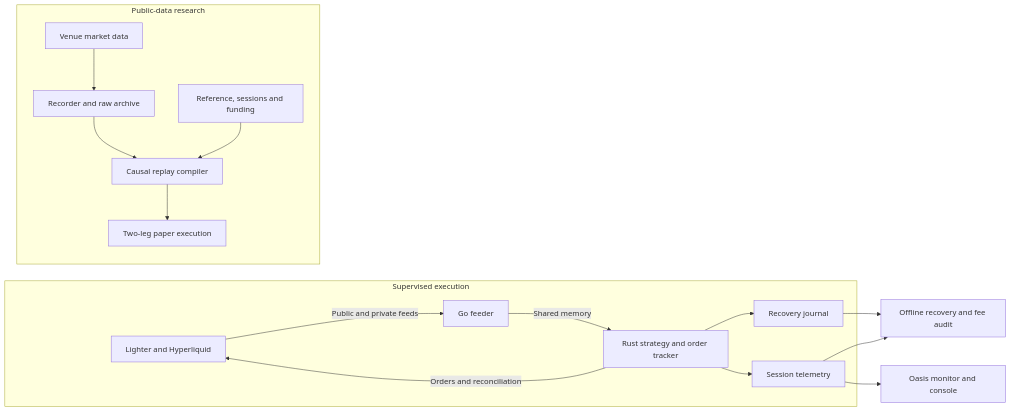
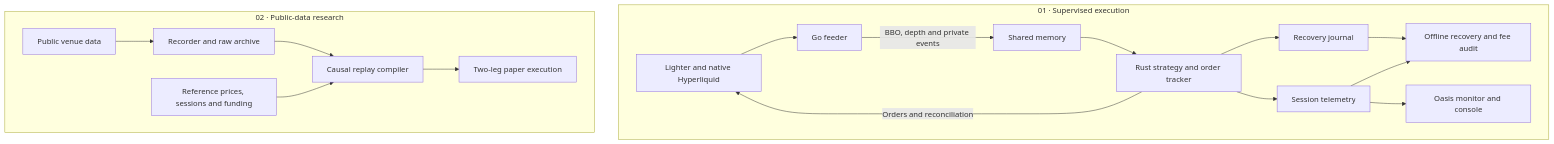
Before and after one commit to AlephTX/aleph-tx: the diagram in README.md, drawn with Mermaid. The commit also changed other lines of this file and 3 other files, not shown here.

````diff
--- a/README.md
+++ b/README.md
@@ -57,19 +68,22 @@
 ```mermaid
-flowchart LR
-    subgraph Session["Supervised execution"]
-        V["Lighter and Hyperliquid"] -->|"Public and private feeds"| G["Go feeder"]
-        G -->|"Shared memory"| R["Rust strategy and order tracker"]
-        R -->|"Orders and reconciliation"| V
-        R --> J["Recovery journal"]
-        R --> T["Session telemetry"]
+flowchart TB
+    subgraph LIVE["01 · Supervised execution"]
+        direction LR
+        VENUE["Lighter and native Hyperliquid"] --> FEEDS["Go feeder"]
+        FEEDS -->|BBO, depth and private events| SHM["Shared memory"]
+        SHM --> EXEC["Rust strategy and order tracker"]
+        EXEC -->|Orders and reconciliation| VENUE
+        EXEC --> JOURNAL["Recovery journal"]
+        EXEC --> TELEMETRY["Session telemetry"]
+        JOURNAL --> AUDIT["Offline recovery and fee audit"]
+        TELEMETRY --> AUDIT
+        TELEMETRY --> OASIS["Oasis monitor and console"]
     end
-    J --> A["Offline recovery and fee audit"]
-    T --> A
-    T --> M["Oasis monitor and console"]
-    subgraph Research["Public-data research"]
-        P["Venue market data"] --> C["Recorder and raw archive"]
-        C --> K["Causal replay compiler"]
-        E["Reference, sessions and funding"] --> K
-        K --> B["Two-leg paper execution"]
+    subgraph PAPER["02 · Public-data research"]
+        direction LR
+        PUBLIC["Public venue data"] --> RAW["Recorder and raw archive"]
+        RAW --> COMPILER["Causal replay compiler"]
+        INPUT["Reference prices, sessions and funding"] --> COMPILER
+        COMPILER --> REPLAY["Two-leg paper execution"]
     end
 ```
````
